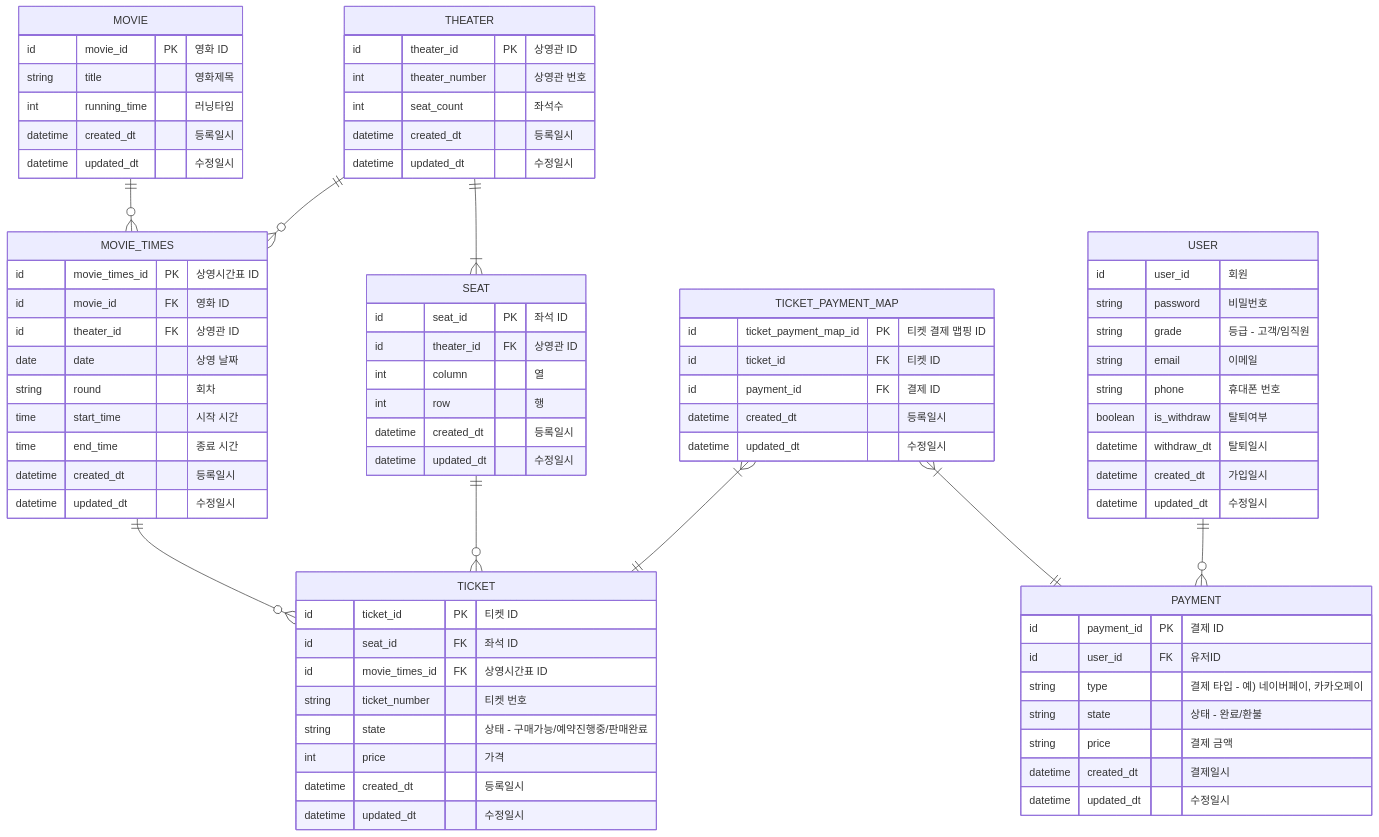
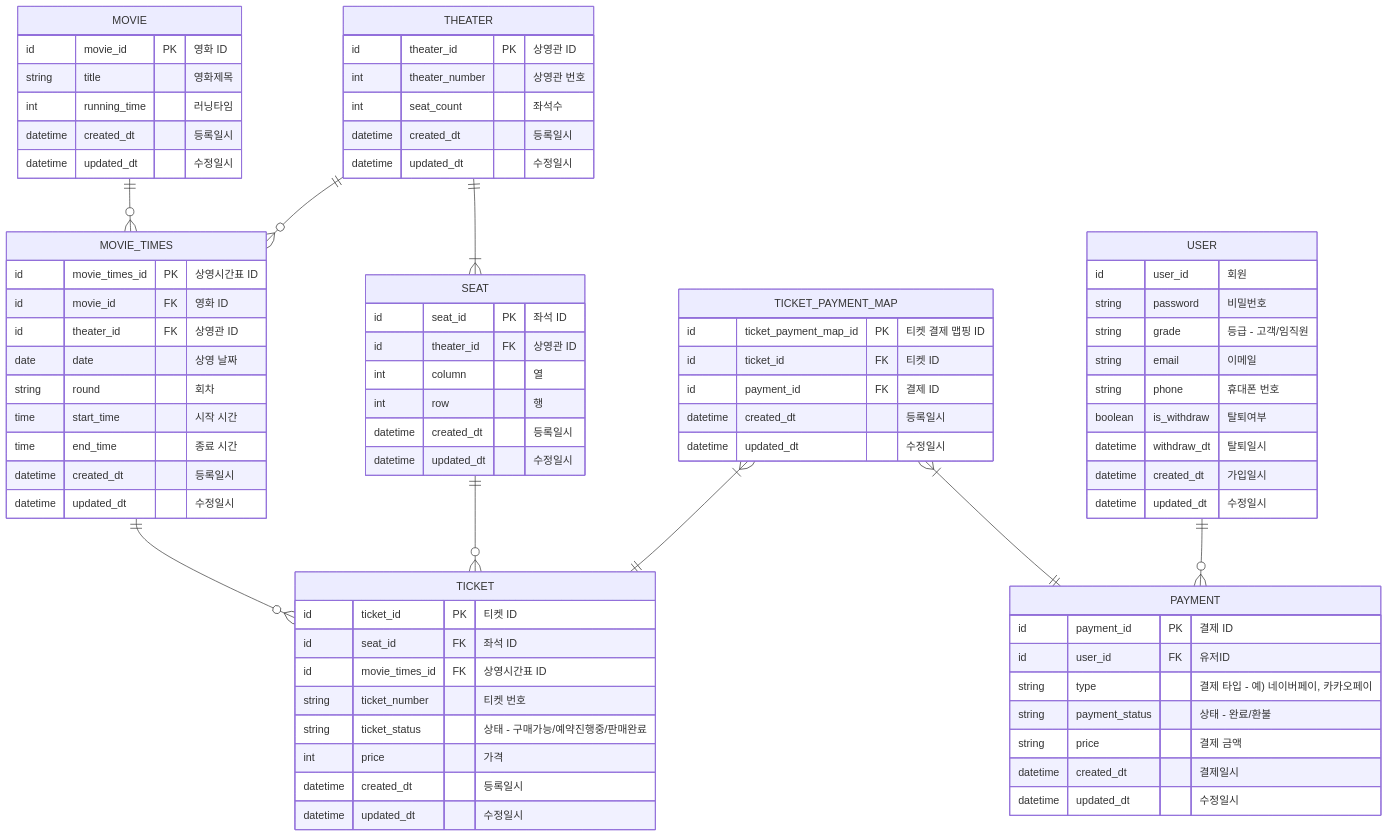
Before and after one commit to kdhyo/mermaidTest: the diagram in README.md, drawn with Mermaid.

````diff
--- a/README.md
+++ b/README.md
@@ -4,81 +4,81 @@
 ``` mermaid
 erDiagram
     MOVIE ||--o{ MOVIE_TIMES : ""
     MOVIE {
         id movie_id PK "영화 ID"
         string title "영화제목"
         int running_time "러닝타임"
         datetime created_dt "등록일시"
         datetime updated_dt "수정일시"
     }
     THEATER ||--o{ MOVIE_TIMES : ""
     THEATER ||--|{ SEAT : ""
     THEATER {
         id theater_id PK "상영관 ID"
         int theater_number "상영관 번호"
         int seat_count "좌석수"
         datetime created_dt "등록일시"
         datetime updated_dt "수정일시"
     }
     SEAT ||--o{ TICKET : ""
     SEAT {
         id seat_id PK "좌석 ID"
         id theater_id FK "상영관 ID"
         int column "열"
         int row "행"
         datetime created_dt "등록일시"
         datetime updated_dt "수정일시"
     }
     MOVIE_TIMES ||--o{ TICKET : ""
     MOVIE_TIMES {
         id movie_times_id PK "상영시간표 ID"
         id movie_id FK "영화 ID"
         id theater_id FK "상영관 ID"
         date date "상영 날짜"
         string round "회차"
         time start_time "시작 시간"
         time end_time "종료 시간"
         datetime created_dt "등록일시"
         datetime updated_dt "수정일시"
     }
     TICKET {
         id ticket_id PK "티켓 ID"
         id seat_id FK "좌석 ID"
         id movie_times_id FK "상영시간표 ID"
         string ticket_number "티켓 번호"
-        string state "상태 - 구매가능/예약진행중/판매완료"
+        string ticket_status "상태 - 구매가능/예약진행중/판매완료"
         int price "가격"
         datetime created_dt "등록일시"
         datetime updated_dt "수정일시"
     }
     TICKET_PAYMENT_MAP }|--|| TICKET : ""
     TICKET_PAYMENT_MAP }|--|| PAYMENT : ""
     TICKET_PAYMENT_MAP {
         id ticket_payment_map_id PK "티켓 결제 맵핑 ID"
         id ticket_id FK "티켓 ID"
         id payment_id FK "결제 ID"
         datetime created_dt "등록일시"
         datetime updated_dt "수정일시"
     }
     PAYMENT {
         id payment_id PK "결제 ID"
         id user_id FK "유저ID"
         string type "결제 타입 - 예) 네이버페이, 카카오페이"
-        string state "상태 - 완료/환불"
+        string payment_status "상태 - 완료/환불"
         string price "결제 금액"
         datetime created_dt "결제일시"
         datetime updated_dt "수정일시"
     }
     USER ||--o{ PAYMENT : ""
     USER {
         id user_id "회원"
         string password "비밀번호"
         string grade "등급 - 고객/임직원"
         string email "이메일"
         string phone "휴대폰 번호"
         boolean is_withdraw "탈퇴여부"
         datetime withdraw_dt "탈퇴일시"
         datetime created_dt "가입일시"
         datetime updated_dt "수정일시"
     }
 ```
````
